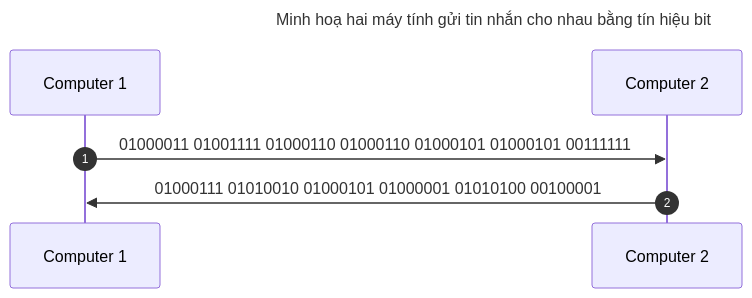
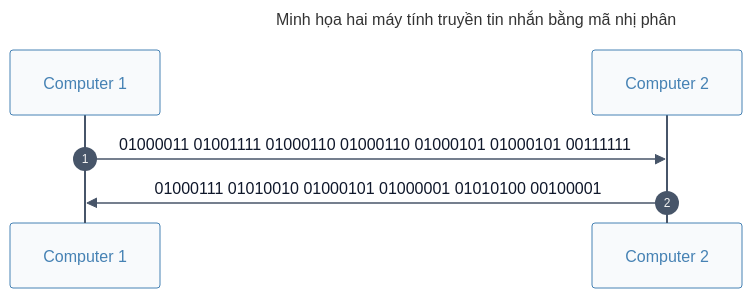
Before and after one commit to vtchitruong/vtchitruong.github.io: the third of 3 diagrams in docs/grade-10/topic-A2/data-types-and-binary-system.md, drawn with Mermaid. The commit also changed other lines of this file and 5 other files, not shown here.

````diff
--- a/docs/grade-10/topic-A2/data-types-and-binary-system.md
+++ b/docs/grade-10/topic-A2/data-types-and-binary-system.md
@@ -84,9 +153,22 @@
-``` mermaid
+```mermaid
 ---
-title: Minh hoạ hai máy tính gửi tin nhắn cho nhau bằng tín hiệu bit
+title: Minh họa hai máy tính truyền tin nhắn bằng mã nhị phân
+config:
+    theme: base
+    themeVariables:
+        actorBkg: "#f8fafc"
+        actorBorder: "#4682b4"
+        actorTextColor: "#4682b4"
+        actorLineColor: "#475569"
+        signalColor: "#475569"
+        signalTextColor: "#0f172a"
+    themeCSS: ".actor { rx: 1.5rem; ry: 1.5rem; }"
 ---
 sequenceDiagram
     autonumber
-    Computer 1->>Computer 2: 01000011 01001111 01000110 01000110 01000101 01000101 00111111
-    Computer 2->>Computer 1: 01000111 01010010 01000101 01000001 01010100 00100001
+    participant C1 as Computer 1
+    participant C2 as Computer 2
+
+    C1->>C2: 01000011 01001111 01000110 01000110 01000101 01000101 00111111
+    C2->>C1: 01000111 01010010 01000101 01000001 01010100 00100001
 ```
````
